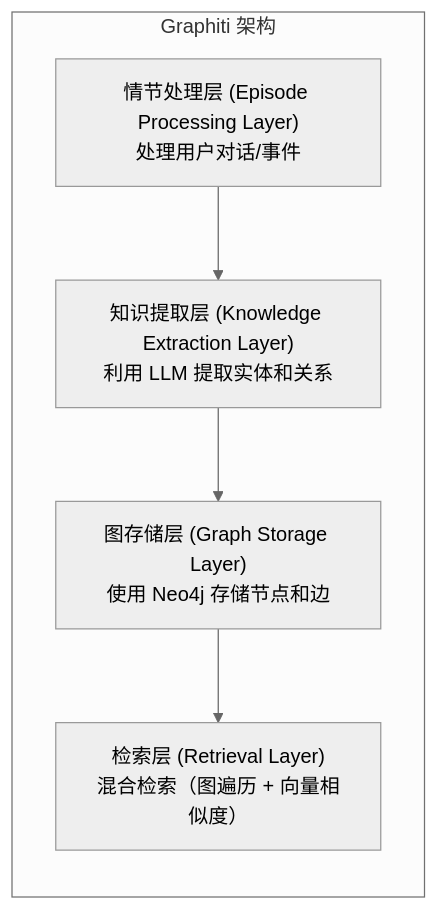
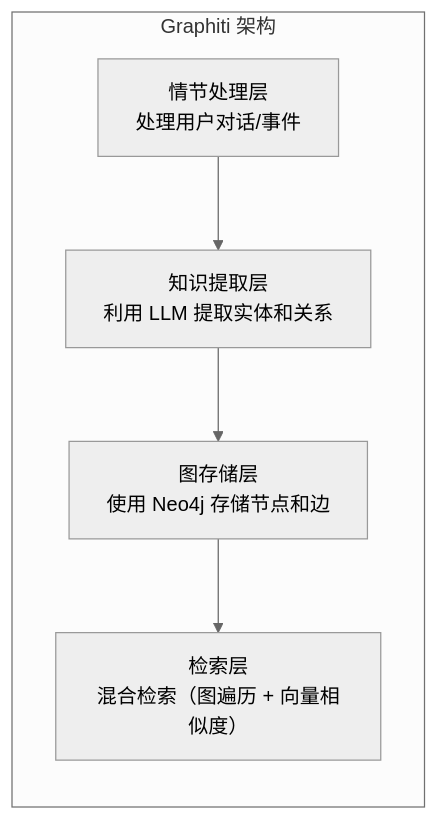
One commit to yeasy/agentic_ai_guide changed the fourth of 4 diagrams in 03_memory/3.5_graph_memory.md. Above: the diagram before and after it, drawn with Mermaid (neutral theme). The commit also changed other lines of this file and 48 other files, not shown here.

````diff
--- a/03_memory/3.5_graph_memory.md
+++ b/03_memory/3.5_graph_memory.md
@@ -153,14 +153,14 @@
 ```mermaid
 graph TD
     subgraph Graphiti["Graphiti 架构"]
         direction TB
-        L1["情节处理层 (Episode Processing Layer)<br>处理用户对话/事件"]
-        L2["知识提取层 (Knowledge Extraction Layer)<br>利用 LLM 提取实体和关系"]
-        L3["图存储层 (Graph Storage Layer)<br>使用 Neo4j 存储节点和边"]
-        L4["检索层 (Retrieval Layer)<br>混合检索（图遍历 + 向量相似度）"]
+        L1["情节处理层<br>处理用户对话/事件"]
+        L2["知识提取层<br>利用 LLM 提取实体和关系"]
+        L3["图存储层<br>使用 Neo4j 存储节点和边"]
+        L4["检索层<br>混合检索（图遍历 + 向量相似度）"]
 
         L1 --> L2
         L2 --> L3
         L3 --> L4
     end
 ```
````
